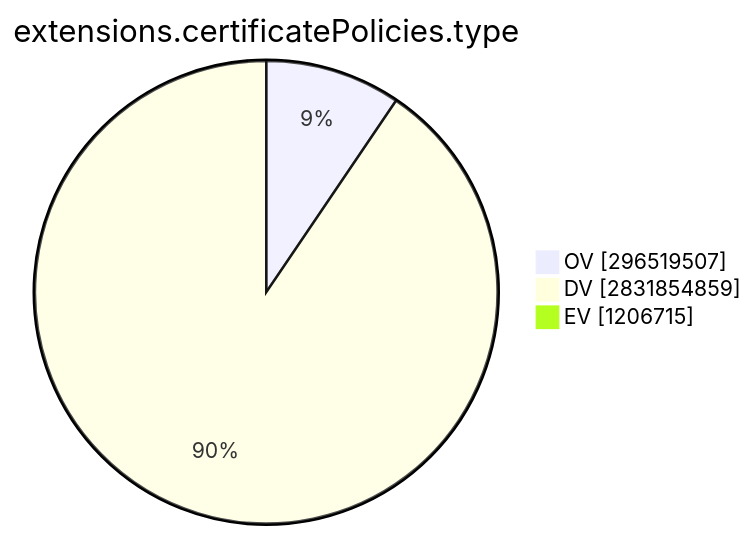
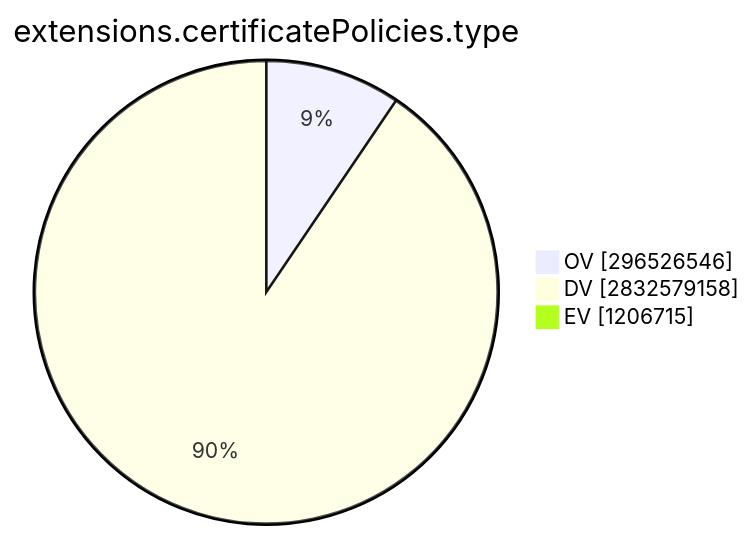
Before and after one commit to christiankrug/ctmonitor_visualization: the ninth of 15 diagrams in TOTAL/README.md, drawn with Mermaid. The commit also changed other lines of this file, not shown here.

````diff
--- a/TOTAL/README.md
+++ b/TOTAL/README.md
@@ -3099,7 +3099,7 @@
 ```mermaid
 pie showData
 title extensions.certificatePolicies.type
-"OV" :296519507
-"DV" :2831854859
+"OV" :296526546
+"DV" :2832579158
 "EV" :1206715
 ```
````
